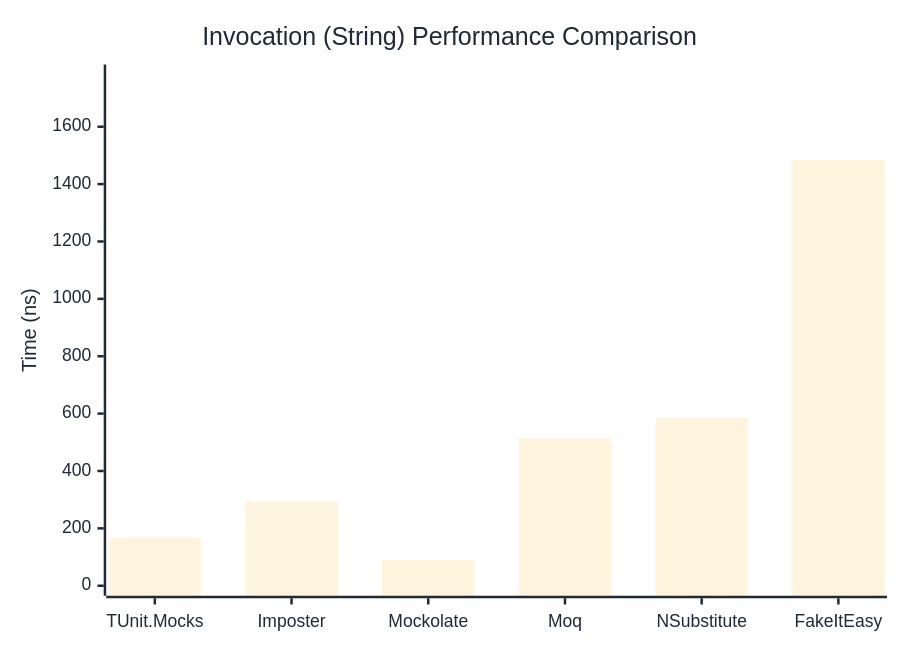
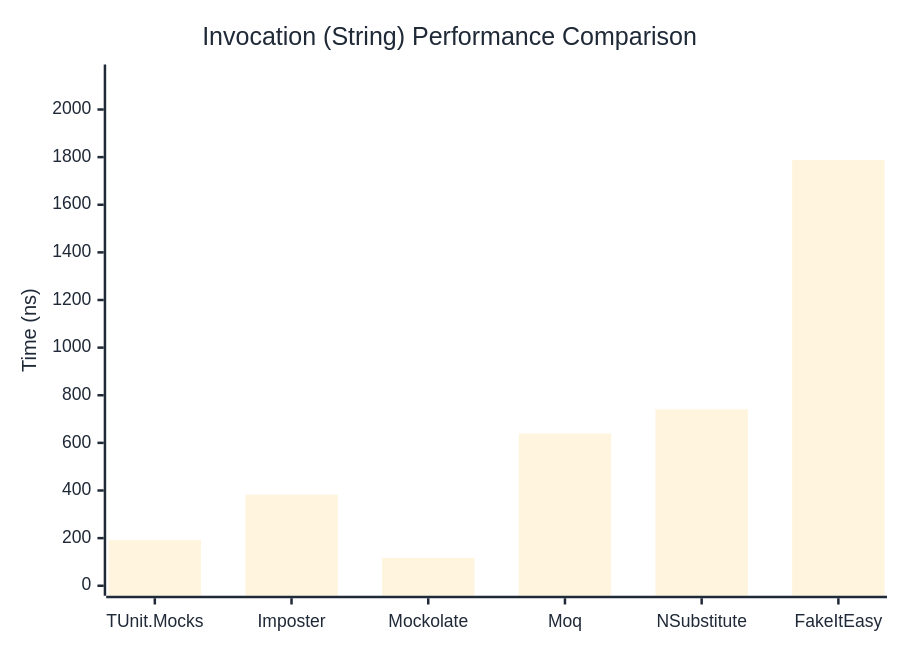
The second of 3 diagrams in docs/docs/benchmarks/mocks/Invocation.md (thomhurst/TUnit), drawn with Mermaid before and after one commit. The commit also changed other lines of this file and 14 other files, not shown here.

````diff
--- a/docs/docs/benchmarks/mocks/Invocation.md
+++ b/docs/docs/benchmarks/mocks/Invocation.md
@@ -71,27 +71,27 @@
 ```mermaid
 %%{init: {
   'theme':'base',
   'themeVariables': {
     'primaryColor': '#2563eb',
     'primaryTextColor': '#1f2937',
     'primaryBorderColor': '#1e40af',
     'lineColor': '#6b7280',
     'secondaryColor': '#7c3aed',
     'tertiaryColor': '#dc2626',
     'background': '#ffffff',
     'pie1': '#2563eb',
     'pie2': '#7c3aed',
     'pie3': '#dc2626',
     'pie4': '#f59e0b',
     'pie5': '#10b981',
     'pie6': '#06b6d4',
     'pie7': '#ec4899',
     'pie8': '#6366f1'
   }
 }}%%
 xychart-beta
   title "Invocation (String) Performance Comparison"
   x-axis ["TUnit.Mocks", "Imposter", "Mockolate", "Moq", "NSubstitute", "FakeItEasy"]
-  y-axis "Time (ns)" 0 --> 1782
-  bar [166.79, 294.32, 90.34, 514.41, 584.87, 1484.43]
+  y-axis "Time (ns)" 0 --> 2147
+  bar [192.8, 383, 117.1, 639, 740.8, 1788.6]
 ```
````
